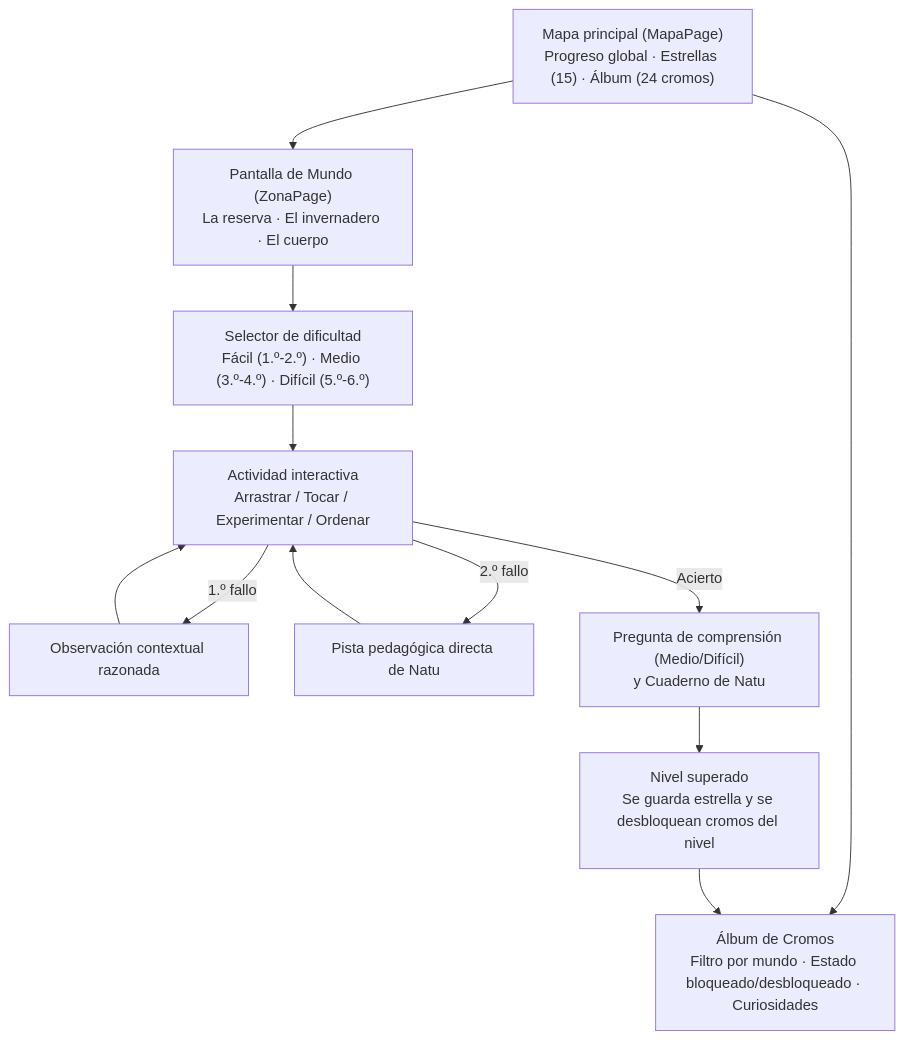
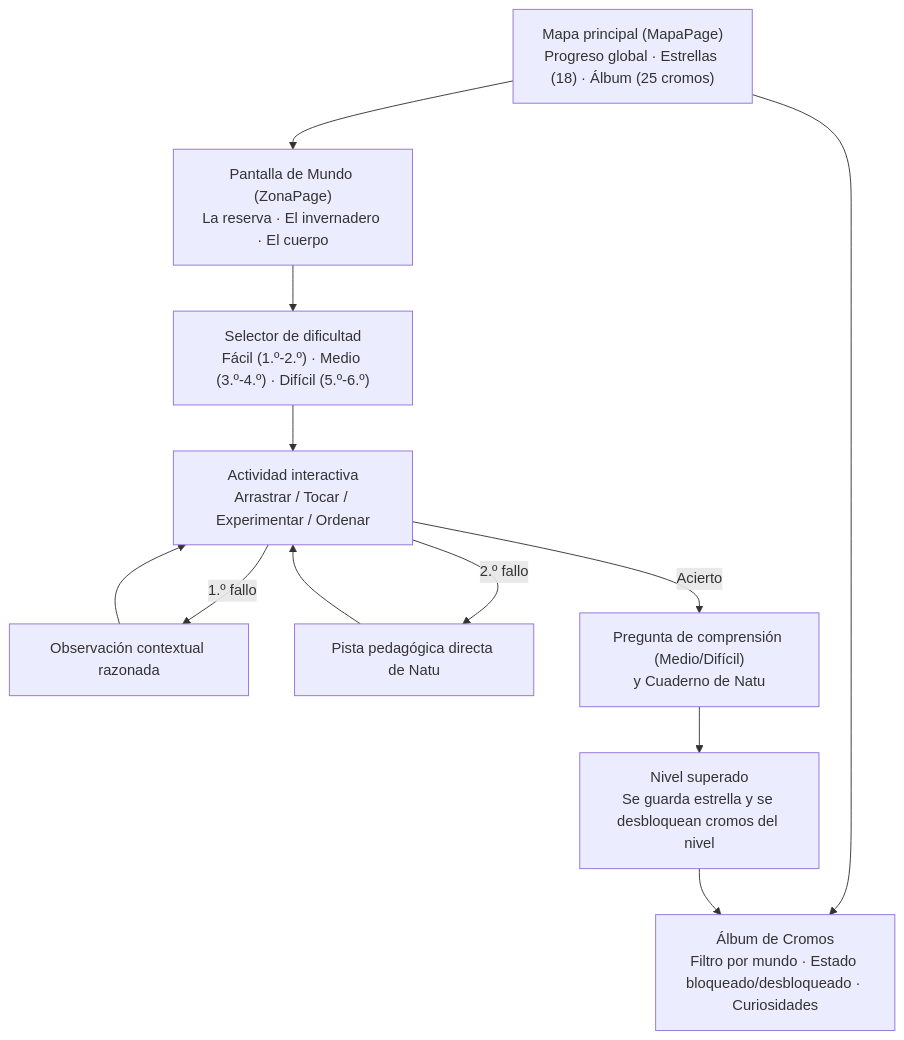
One commit to imoroc/NaturalMente changed the second of 2 diagrams in README.md. Above: the diagram before and after it, drawn with Mermaid. The commit also changed other lines of this file and 22 other files, not shown here.

````diff
--- a/README.md
+++ b/README.md
@@ -100,14 +101,14 @@
 ```mermaid
 flowchart TD
-  A["Mapa principal (MapaPage)\nProgreso global · Estrellas (15) · Álbum (24 cromos)"] --> B["Pantalla de Mundo (ZonaPage)\nLa reserva · El invernadero · El cuerpo"]
+  A["Mapa principal (MapaPage)\nProgreso global · Estrellas (18) · Álbum (25 cromos)"] --> B["Pantalla de Mundo (ZonaPage)\nLa reserva · El invernadero · El cuerpo"]
   A --> C["Álbum de Cromos\nFiltro por mundo · Estado bloqueado/desbloqueado · Curiosidades"]
   B --> D["Selector de dificultad\nFácil (1.º-2.º) · Medio (3.º-4.º) · Difícil (5.º-6.º)"]
   D --> E["Actividad interactiva\nArrastrar / Tocar / Experimentar / Ordenar"]
   E -->|1.º fallo| F["Observación contextual razonada"]
   E -->|2.º fallo| G["Pista pedagógica directa de Natu"]
   F --> E
   G --> E
   E -->|Acierto| H["Pregunta de comprensión (Medio/Difícil)\ny Cuaderno de Natu"]
   H --> I["Nivel superado\nSe guarda estrella y se desbloquean cromos del nivel"]
   I --> C
 ```
````
